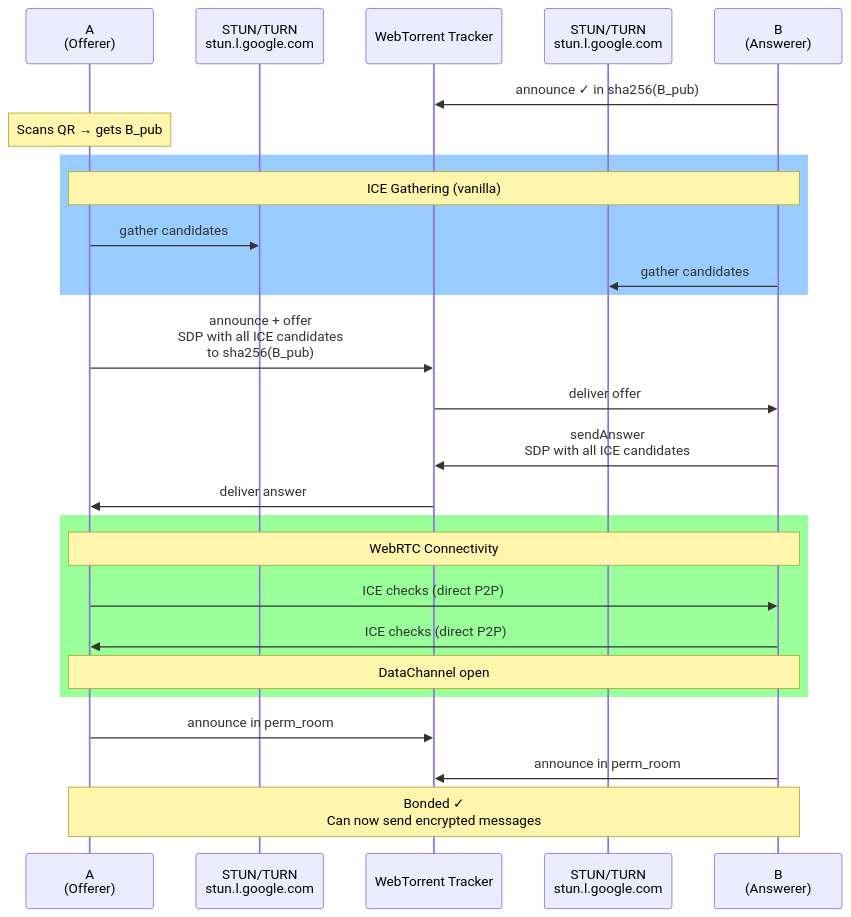
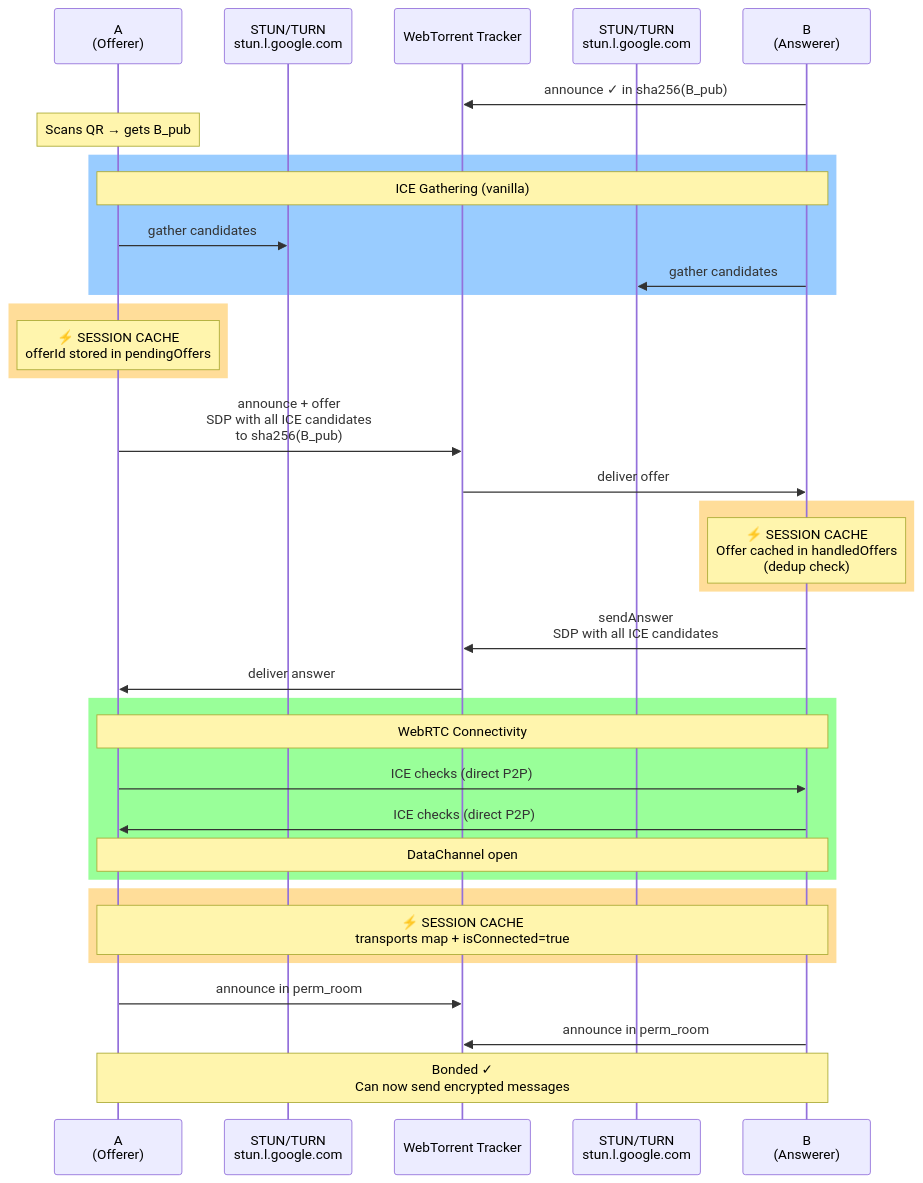
The third of 8 diagrams in README.md (davidevecchi/TruSTI), drawn with Mermaid before and after one commit. The commit also changed other lines of this file, not shown here.

````diff
--- a/README.md
+++ b/README.md
@@ -136,35 +140,47 @@
 ```mermaid
 sequenceDiagram
     participant A as A<br/>(Offerer)
     participant ICE_A as STUN/TURN<br/>stun.l.google.com
     participant Tracker as WebTorrent Tracker
     participant ICE_B as STUN/TURN<br/>stun.l.google.com
     participant B as B<br/>(Answerer)
 
     B->>Tracker: announce ✓ in sha256(B_pub)
     Note over A: Scans QR → gets B_pub
 
     rect rgba(0, 128, 255, 0.4)
     Note over A,B: ICE Gathering (vanilla)
     A->>ICE_A: gather candidates
     B->>ICE_B: gather candidates
     end
 
+    rect rgba(255, 170, 0, 0.4)
+    Note over A: ⚡ SESSION CACHE<br/>offerId stored in pendingOffers
+    end
+
     A->>Tracker: announce + offer<br/>SDP with all ICE candidates<br/>to sha256(B_pub)
     Tracker->>B: deliver offer
+
+    rect rgba(255, 170, 0, 0.4)
+    Note over B: ⚡ SESSION CACHE<br/>Offer cached in handledOffers<br/>(dedup check)
+    end
 
     B->>Tracker: sendAnswer<br/>SDP with all ICE candidates
     Tracker->>A: deliver answer
 
     rect rgba(0, 255, 0, 0.4)
     Note over A,B: WebRTC Connectivity
     A->>B: ICE checks (direct P2P)
     B->>A: ICE checks (direct P2P)
     Note over A,B: DataChannel open
     end
 
+    rect rgba(255, 170, 0, 0.4)
+    Note over A,B: ⚡ SESSION CACHE<br/>transports map + isConnected=true
+    end
+
     A->>Tracker: announce in perm_room
     B->>Tracker: announce in perm_room
 
     Note over A,B: Bonded ✓<br/>Can now send encrypted messages
 ```
````
